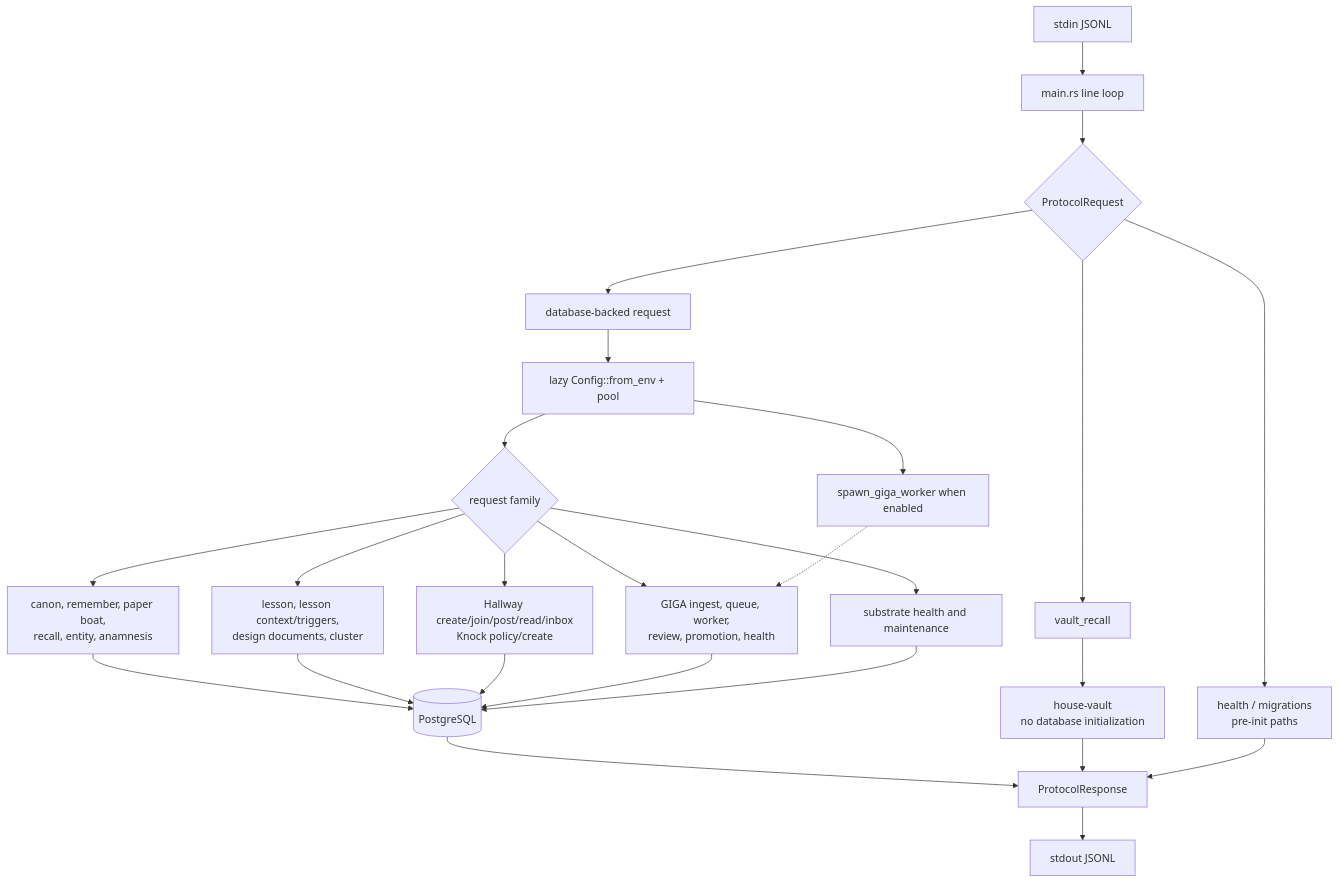
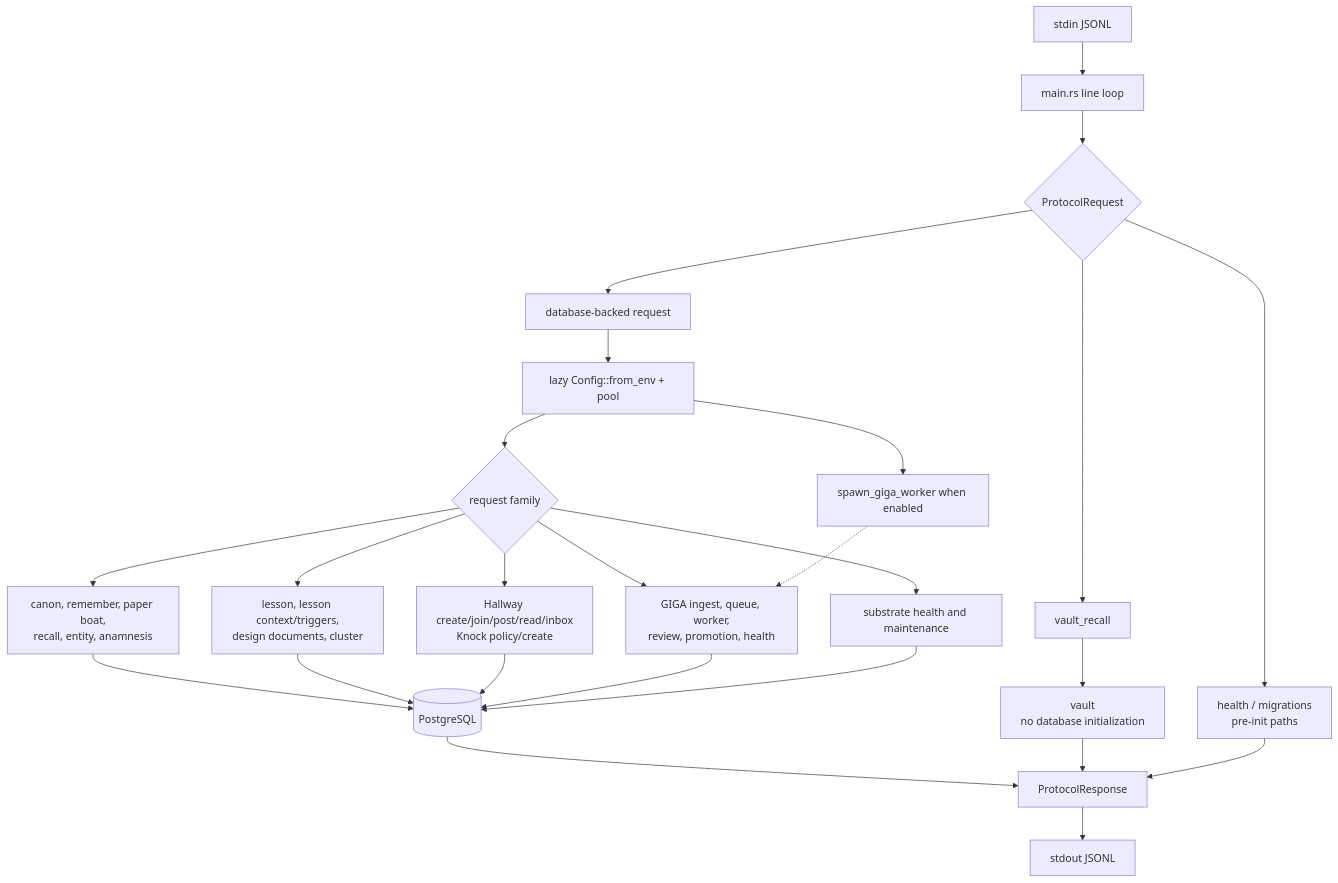
Before and after one commit to solarisael/the-athanor: the seventh of 16 diagrams in docs/CODE_FLOW_MAP.md, drawn with Mermaid. The commit also changed other lines of this file and 14 other files, not shown here.

````diff
--- a/docs/CODE_FLOW_MAP.md
+++ b/docs/CODE_FLOW_MAP.md
@@ -334,33 +344,33 @@
 ```mermaid
 flowchart TD
     Stdin["stdin JSONL"] --> Main["main.rs line loop"]
     Main --> Req{"ProtocolRequest"}
 
     Req --> Vault["vault_recall"]
-    Vault --> VaultCrate["house-vault<br/>no database initialization"]
+    Vault --> VaultCrate["vault<br/>no database initialization"]
 
     Req --> Pre["health / migrations<br/>pre-init paths"]
 
     Req --> NeedDB["database-backed request"]
     NeedDB --> Lazy["lazy Config::from_env + pool"]
     Lazy --> Worker["spawn_giga_worker when enabled"]
     Lazy --> Router{"request family"}
 
     Router --> Continuity["canon, remember, paper boat,<br/>recall, entity, anamnesis"]
     Router --> Knowledge["lesson, lesson context/triggers,<br/>design documents, cluster"]
     Router --> Social["Hallway create/join/post/read/inbox<br/>Knock policy/create"]
     Router --> Giga["GIGA ingest, queue, worker,<br/>review, promotion, health"]
     Router --> Ops["substrate health and maintenance"]
 
     Continuity --> PG[("PostgreSQL")]
     Knowledge --> PG
     Social --> PG
     Giga --> PG
     Ops --> PG
     Worker -.-> Giga
 
     PG --> Resp["ProtocolResponse"]
     VaultCrate --> Resp
     Pre --> Resp
     Resp --> Stdout["stdout JSONL"]
 ```
````
